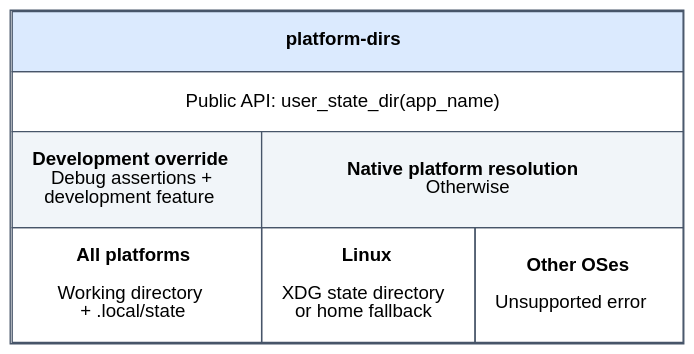
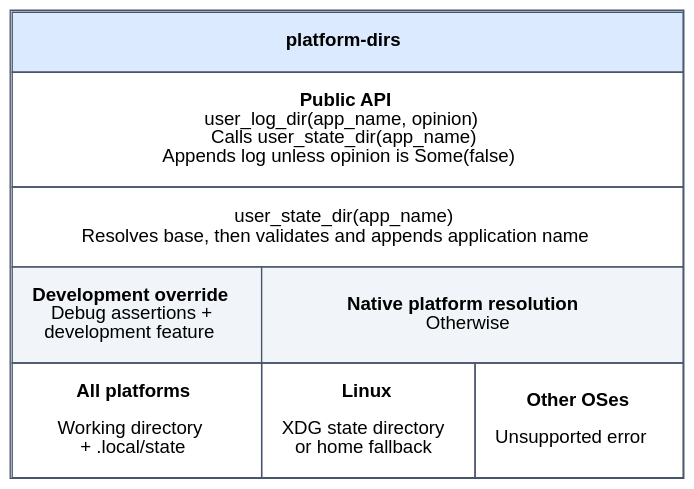
The diagram in crates/platform-dirs/docs/architecture.dot (chessvaultdotapp/chessvault), drawn with Graphviz before and after one commit. The commit also changed 9 other files, not shown here.

Commit message:
[platform-dirs][docs] Add user log directory resolution

```diff
--- a/crates/platform-dirs/docs/architecture.dot
+++ b/crates/platform-dirs/docs/architecture.dot
@@ -1,20 +1,21 @@
 digraph architecture {
     graph [bgcolor="transparent", pad="0.2"];
     node [shape=plain, fontname="sans-serif"];
 
     package [label=<
         <TABLE BORDER="1" CELLBORDER="1" CELLSPACING="0" CELLPADDING="14" COLOR="#475569" BGCOLOR="#ffffff">
             <TR><TD COLSPAN="3" BGCOLOR="#dbeafe"><B>platform-dirs</B></TD></TR>
-            <TR><TD COLSPAN="3">Public API: user_state_dir(app_name)</TD></TR>
+            <TR><TD COLSPAN="3"><B>Public API</B><BR/>user_log_dir(app_name, opinion)<BR/>Calls user_state_dir(app_name)<BR/>Appends log unless opinion is Some(false)</TD></TR>
+            <TR><TD COLSPAN="3">user_state_dir(app_name)<BR/>Resolves base, then validates and appends application name</TD></TR>
             <TR>
                 <TD BGCOLOR="#f1f5f9"><B>Development override</B><BR/>Debug assertions +<BR/>development feature</TD>
                 <TD COLSPAN="2" BGCOLOR="#f1f5f9"><B>Native platform resolution</B><BR/>Otherwise</TD>
             </TR>
             <TR>
                 <TD><B>All platforms</B><BR/><BR/>Working directory<BR/>+ .local/state</TD>
                 <TD><B>Linux</B><BR/><BR/>XDG state directory<BR/>or home fallback</TD>
                 <TD><B>Other OSes</B><BR/><BR/>Unsupported error</TD>
             </TR>
         </TABLE>
     >];
 }
```
